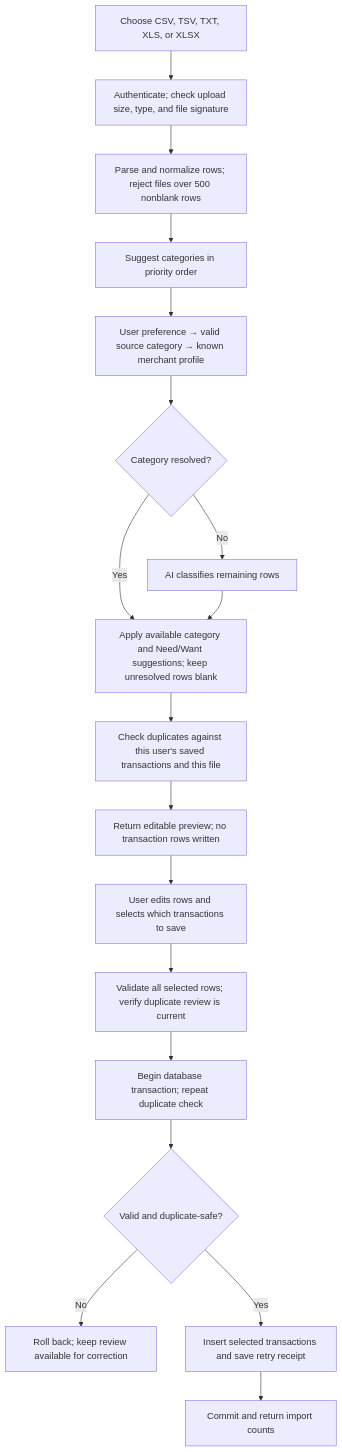
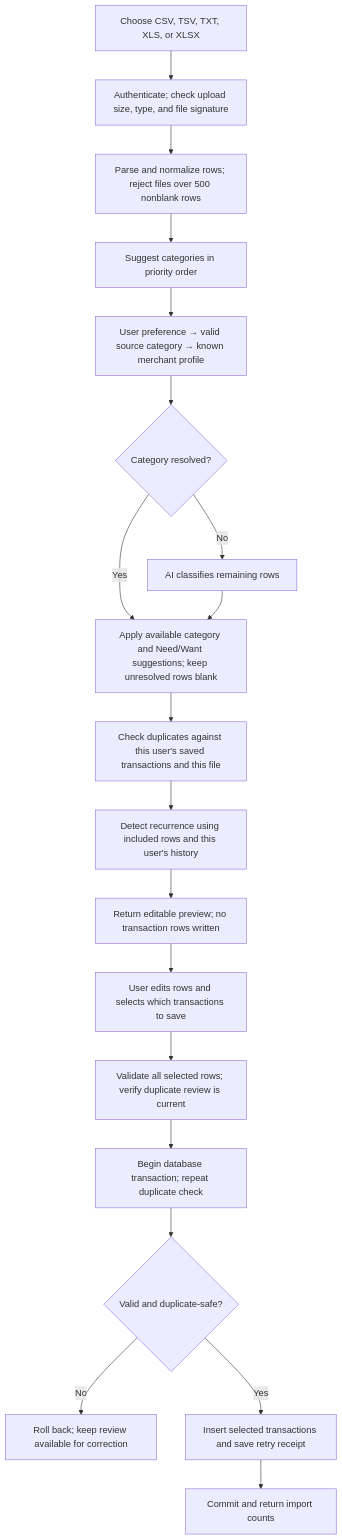
One commit to kapiltayal/FinVision360 changed the first of 3 diagrams in docs/Transaction_ingestion_&_processing.md. Above: the diagram before and after it, drawn with Mermaid. The commit also changed other lines of this file and 20 other files, not shown here.

````diff
--- a/docs/Transaction_ingestion_&_processing.md
+++ b/docs/Transaction_ingestion_&_processing.md
@@ -50,20 +50,21 @@
 ```mermaid
 flowchart TD
     A["Choose CSV, TSV, TXT, XLS, or XLSX"] --> B["Authenticate; check upload size, type, and file signature"]
     B --> C["Parse and normalize rows; reject files over 500 nonblank rows"]
     C --> D["Suggest categories in priority order"]
     D --> D1["User preference → valid source category → known merchant profile"]
     D1 --> E{"Category resolved?"}
     E -- "Yes" --> G["Apply available category and Need/Want suggestions; keep unresolved rows blank"]
     E -- "No" --> F["AI classifies remaining rows"]
     F --> G
     G --> H["Check duplicates against this user's saved transactions and this file"]
-    H --> I["Return editable preview; no transaction rows written"]
+    H --> H1["Detect recurrence using included rows and this user's history"]
+    H1 --> I["Return editable preview; no transaction rows written"]
     I --> J["User edits rows and selects which transactions to save"]
     J --> K["Validate all selected rows; verify duplicate review is current"]
     K --> L["Begin database transaction; repeat duplicate check"]
     L --> M{"Valid and duplicate-safe?"}
     M -- "No" --> N["Roll back; keep review available for correction"]
     M -- "Yes" --> O["Insert selected transactions and save retry receipt"]
     O --> P["Commit and return import counts"]
 ```
````
